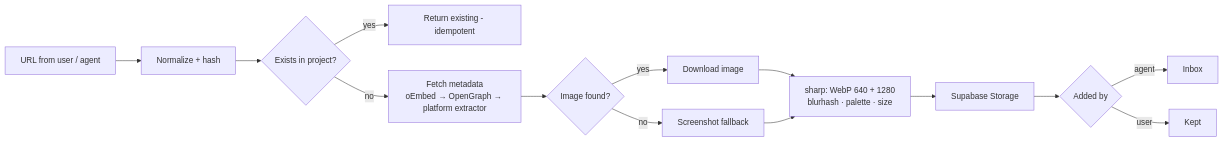
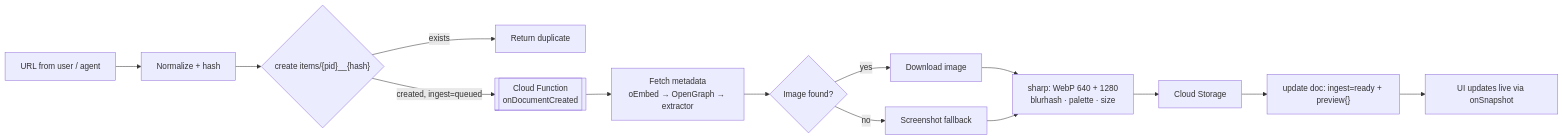
Before and after one commit to hamza00555-sketch/Ilham: the diagram in docs/PLAN.md, drawn with Mermaid. The commit also changed other lines of this file, not shown here.

First line of the commit message:
Switch plan backend from Supabase to Firebase

````diff
--- a/docs/PLAN.md
+++ b/docs/PLAN.md
@@ -196,16 +217,16 @@
 ```mermaid
 flowchart LR
   A[URL from user / agent] --> B[Normalize + hash]
-  B --> C{Exists in project?}
-  C -- yes --> Z[Return existing - idempotent]
-  C -- no --> D[Fetch metadata<br/>oEmbed → OpenGraph → platform extractor]
+  B --> C{"create items/{pid}__{hash}"}
+  C -- exists --> Z[Return duplicate]
+  C -- created, ingest=queued --> T[["Cloud Function<br/>onDocumentCreated"]]
+  T --> D[Fetch metadata<br/>oEmbed → OpenGraph → extractor]
   D --> E{Image found?}
   E -- yes --> F[Download image]
   E -- no --> G[Screenshot fallback]
   F --> H[sharp: WebP 640 + 1280<br/>blurhash · palette · size]
   G --> H
-  H --> I[Supabase Storage]
-  I --> J{Added by}
-  J -- agent --> K[Inbox]
-  J -- user --> L[Kept]
+  H --> I[Cloud Storage]
+  I --> U["update doc: ingest=ready + preview{}"]
+  U --> L[UI updates live via onSnapshot]
 ```
````
